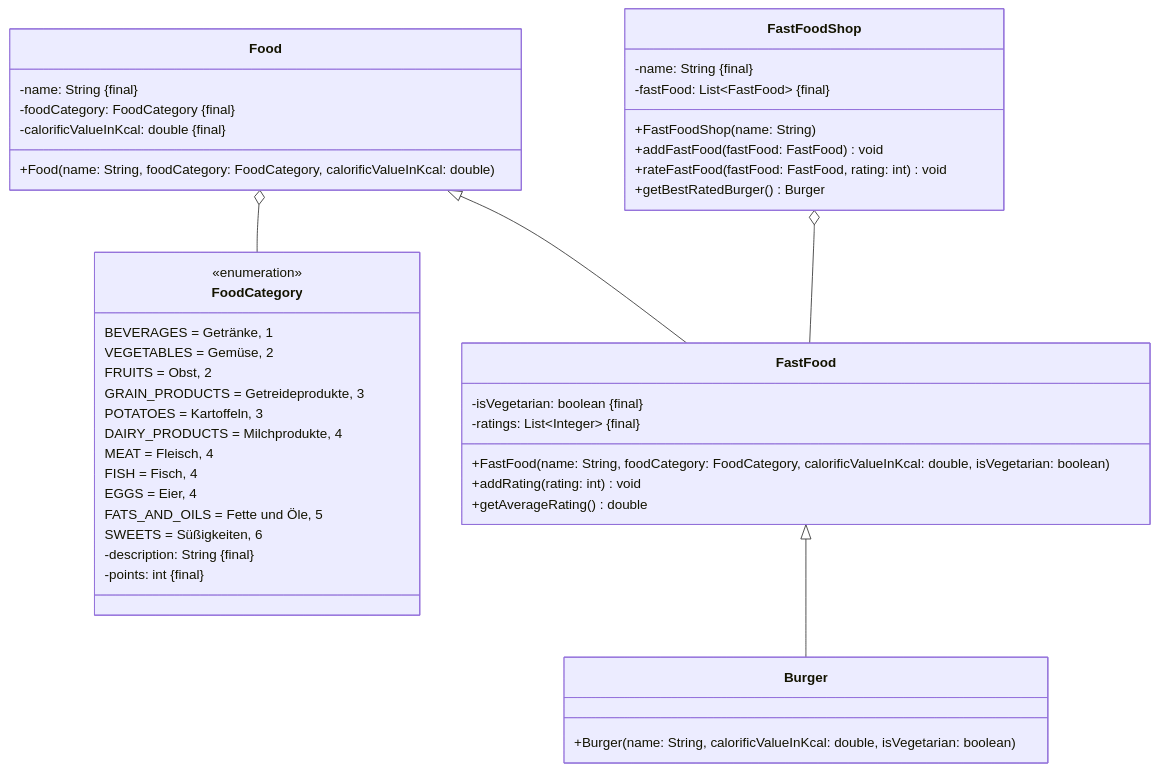
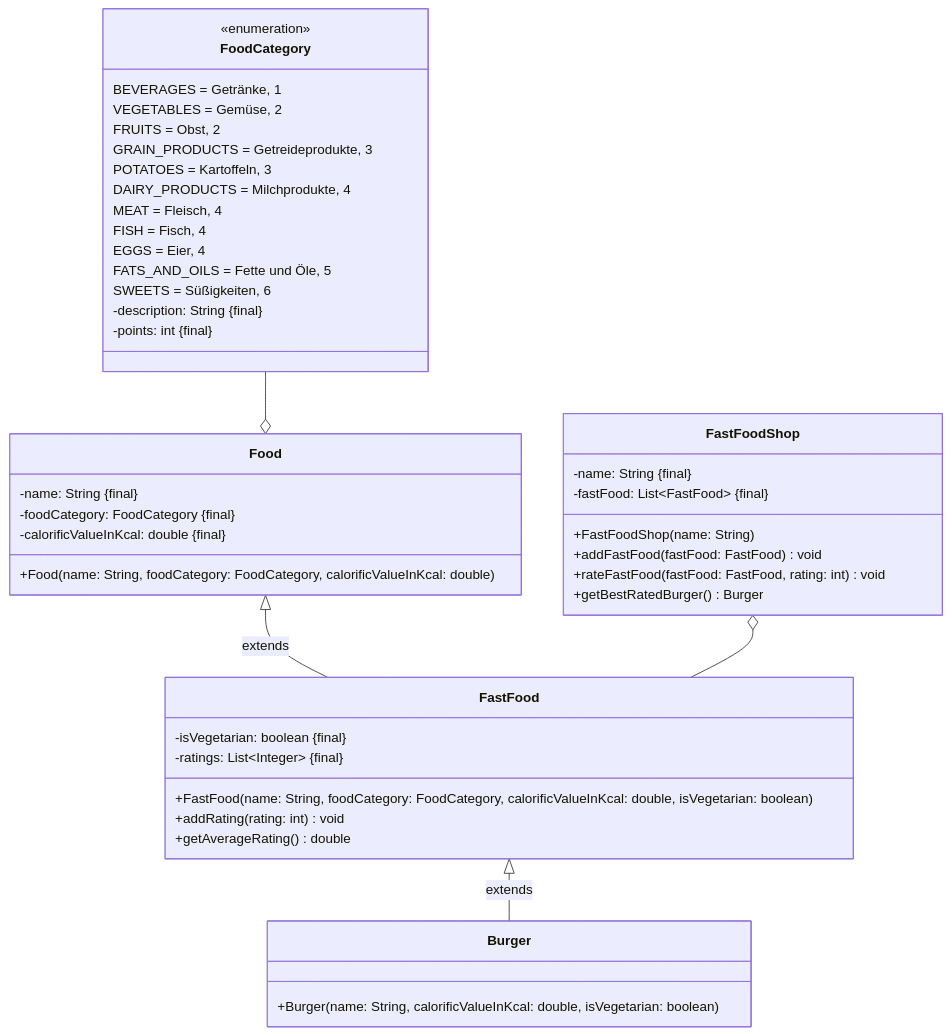
The diagram in docs/exam-exercises/exam-exercises-java1/fast-food.md (jappuccini/java-docs), drawn with Mermaid before and after one commit. The commit also changed 36 other files, not shown here.

````diff
--- a/docs/exam-exercises/exam-exercises-java1/fast-food.md
+++ b/docs/exam-exercises/exam-exercises-java1/fast-food.md
@@ -12,52 +12,52 @@
 ```mermaid
 classDiagram
-    Food o-- FoodCategory
-    Food <|-- FastFood
-    FastFood <|-- Burger
+    FoodCategory --o Food
+    Food <|-- FastFood : extends
+    FastFood <|-- Burger : extends
     FastFoodShop o-- FastFood
 
     class FoodCategory {
         <<enumeration>>
         BEVERAGES = Getränke, 1
         VEGETABLES = Gemüse, 2
         FRUITS = Obst, 2
         GRAIN_PRODUCTS = Getreideprodukte, 3
         POTATOES = Kartoffeln, 3
         DAIRY_PRODUCTS = Milchprodukte, 4
         MEAT = Fleisch, 4
         FISH = Fisch, 4
         EGGS = Eier, 4
         FATS_AND_OILS = Fette und Öle, 5
         SWEETS = Süßigkeiten, 6
         -description: String &#123final&#125
         -points: int &#123final&#125
     }
 
     class Food {
         -name: String &#123final&#125
         -foodCategory: FoodCategory &#123final&#125
         -calorificValueInKcal: double &#123final&#125
         +Food(name: String, foodCategory: FoodCategory, calorificValueInKcal: double)
     }
 
     class FastFood {
         -isVegetarian: boolean &#123final&#125
         -ratings: List~Integer~ &#123final&#125
         +FastFood(name: String, foodCategory: FoodCategory, calorificValueInKcal: double, isVegetarian: boolean)
         +addRating(rating: int) void
         +getAverageRating() double
     }
 
     class Burger {
         +Burger(name: String, calorificValueInKcal: double, isVegetarian: boolean)
     }
 
     class FastFoodShop {
         -name: String &#123final&#125
         -fastFood: List~FastFood~ &#123final&#125
         +FastFoodShop(name: String)
         +addFastFood(fastFood: FastFood) void
         +rateFastFood(fastFood: FastFood, rating: int) void
         +getBestRatedBurger() Burger
     }
 ```
````
